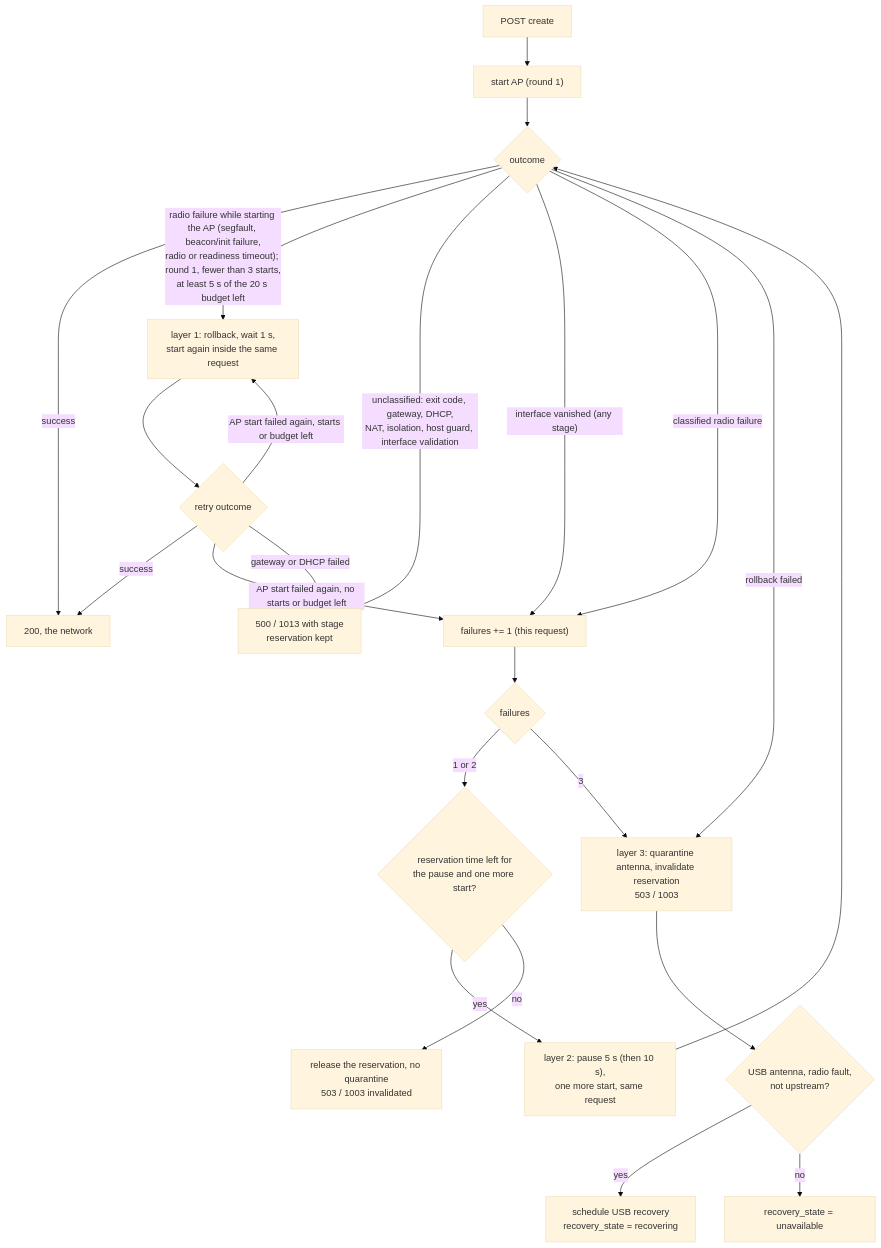
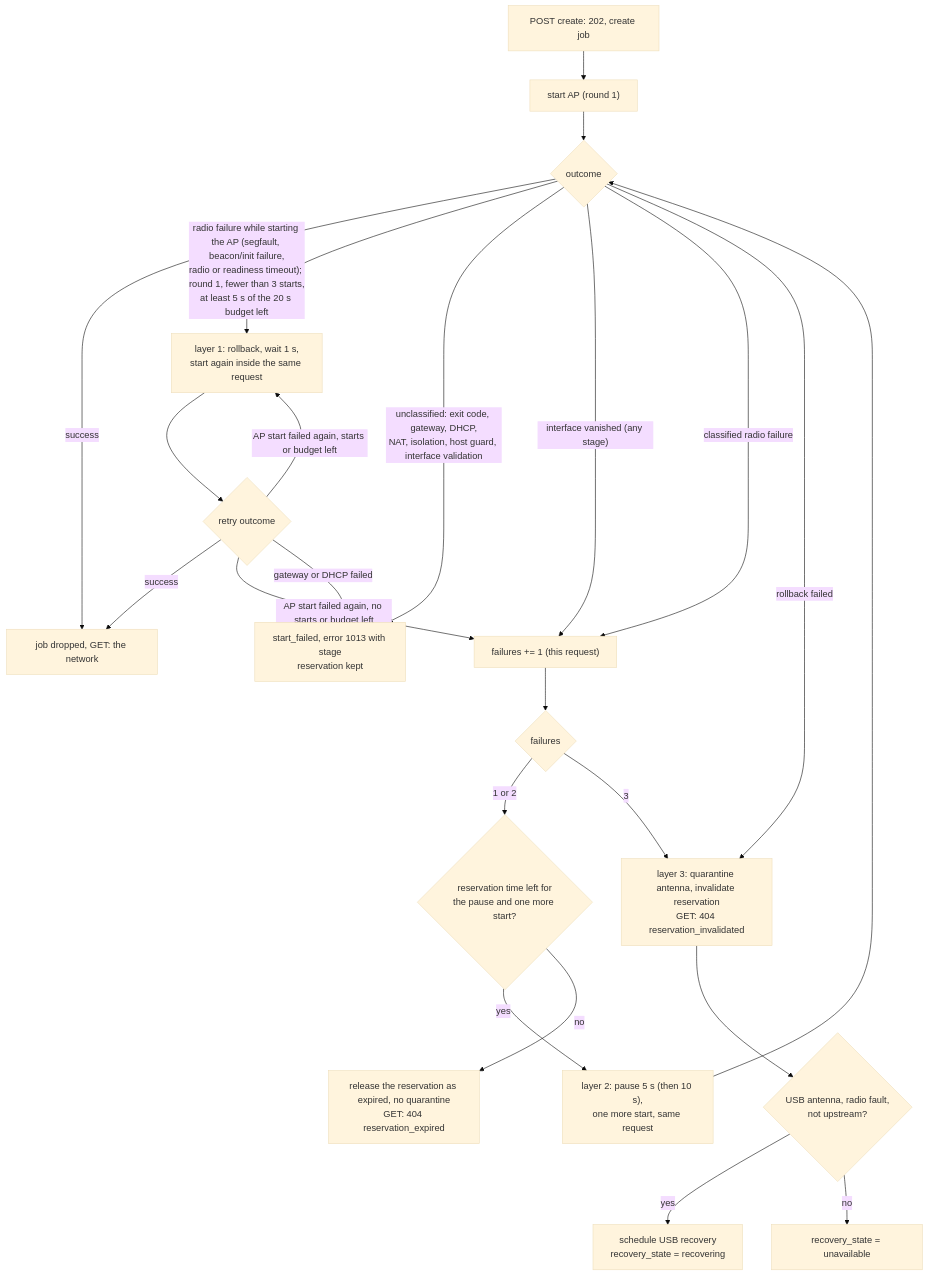
One commit to caporalesimone/wi-lab changed the tenth of 15 diagrams in docs/architecture.md. Above: the diagram before and after it, drawn with Mermaid (base theme). The commit also changed other lines of this file and 27 other files, not shown here.

First line of the commit message:
feat!: asynchronous create: 202 and polling of GET .../network

````diff
--- a/docs/architecture.md
+++ b/docs/architecture.md
@@ -555,25 +559,25 @@
 ```mermaid
 flowchart TD
-    S["POST create"] --> ST["start AP (round 1)"]
+    S["POST create: 202, create job"] --> ST["start AP (round 1)"]
     ST --> OUT{"outcome"}
-    OUT -->|success| OK["200, the network"]
+    OUT -->|success| OK["job dropped, GET: the network"]
     OUT -->|"radio failure while starting the AP (segfault, beacon/init failure,<br/>radio or readiness timeout); round 1, fewer than 3 starts,<br/>at least 5 s of the 20 s budget left"| IR["layer 1: rollback, wait 1 s,<br/>start again inside the same request"]
     IR --> OUT2{"retry outcome"}
     OUT2 -->|success| OK
     OUT2 -->|"AP start failed again, starts or budget left"| IR
     OUT2 -->|"AP start failed again, no starts or budget left"| CL
     OUT2 -->|"gateway or DHCP failed"| G
-    OUT -->|"unclassified: exit code, gateway, DHCP,<br/>NAT, isolation, host guard, interface validation"| G["500 / 1013 with stage<br/>reservation kept"]
+    OUT -->|"unclassified: exit code, gateway, DHCP,<br/>NAT, isolation, host guard, interface validation"| G["start_failed, error 1013 with stage<br/>reservation kept"]
     OUT -->|"interface vanished (any stage)"| CL
     OUT -->|classified radio failure| CL["failures += 1 (this request)"]
     OUT -->|rollback failed| Q
     CL --> N{"failures"}
     N -->|"1 or 2"| T{"reservation time left for<br/>the pause and one more start?"}
     T -->|yes| P["layer 2: pause 5 s (then 10 s),<br/>one more start, same request"]
     P --> OUT
-    T -->|no| REL["release the reservation, no quarantine<br/>503 / 1003 invalidated"]
-    N -->|3| Q["layer 3: quarantine antenna, invalidate reservation<br/>503 / 1003"]
+    T -->|no| REL["release the reservation as expired, no quarantine<br/>GET: 404 reservation_expired"]
+    N -->|3| Q["layer 3: quarantine antenna, invalidate reservation<br/>GET: 404 reservation_invalidated"]
     Q --> U{"USB antenna, radio fault,<br/>not upstream?"}
     U -->|yes| REC["schedule USB recovery<br/>recovery_state = recovering"]
     U -->|no| UN["recovery_state = unavailable"]
 ```
````
